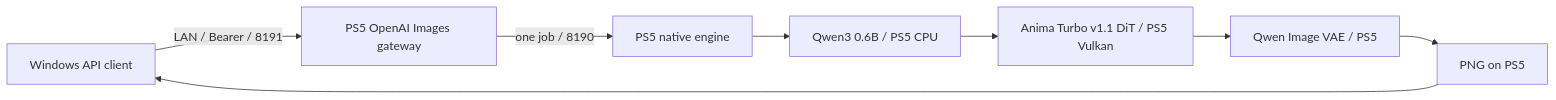
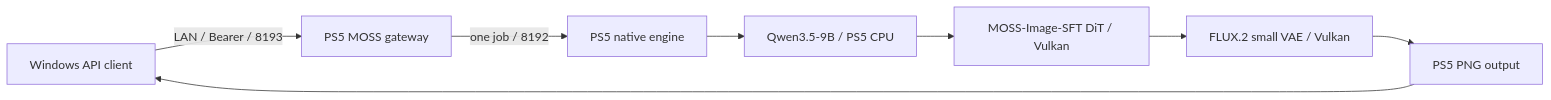
One commit to akiba-tokyo-jp/PS5-AI-MOSS-Image changed the diagram in README.md. Above: the diagram before and after it, drawn with Mermaid. The commit also changed other lines of this file and 63 other files, not shown here.

Commit message:
Prepare private MOSS Image native app with 12 GiB Direct target

````diff
--- a/README.md
+++ b/README.md
@@ -11,10 +7,10 @@
 ```mermaid
 flowchart LR
-    PC[Windows API client] -->|LAN / Bearer / 8191| GW[PS5 OpenAI Images gateway]
-    GW -->|one job / 8190| API[PS5 native engine]
-    API --> TE[Qwen3 0.6B / PS5 CPU]
-    TE --> DIT[Anima Turbo v1.1 DiT / PS5 Vulkan]
-    DIT --> VAE[Qwen Image VAE / PS5]
-    VAE --> PNG[PNG on PS5]
-    PNG --> PC
+  PC[Windows API client] -->|LAN / Bearer / 8193| GW[PS5 MOSS gateway]
+  GW -->|one job / 8192| API[PS5 native engine]
+  API --> TE[Qwen3.5-9B / PS5 CPU]
+  TE --> DIT[MOSS-Image-SFT DiT / Vulkan]
+  DIT --> VAE[FLUX.2 small VAE / Vulkan]
+  VAE --> PNG[PS5 PNG output]
+  PNG --> PC
 ```
````
